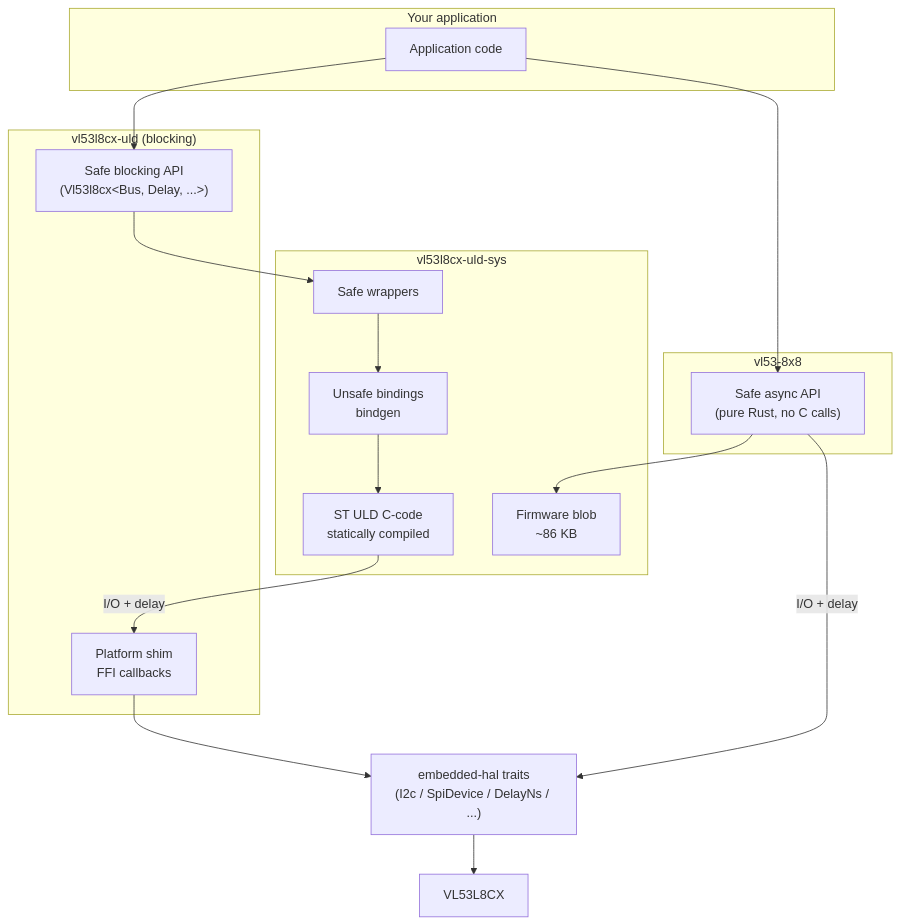
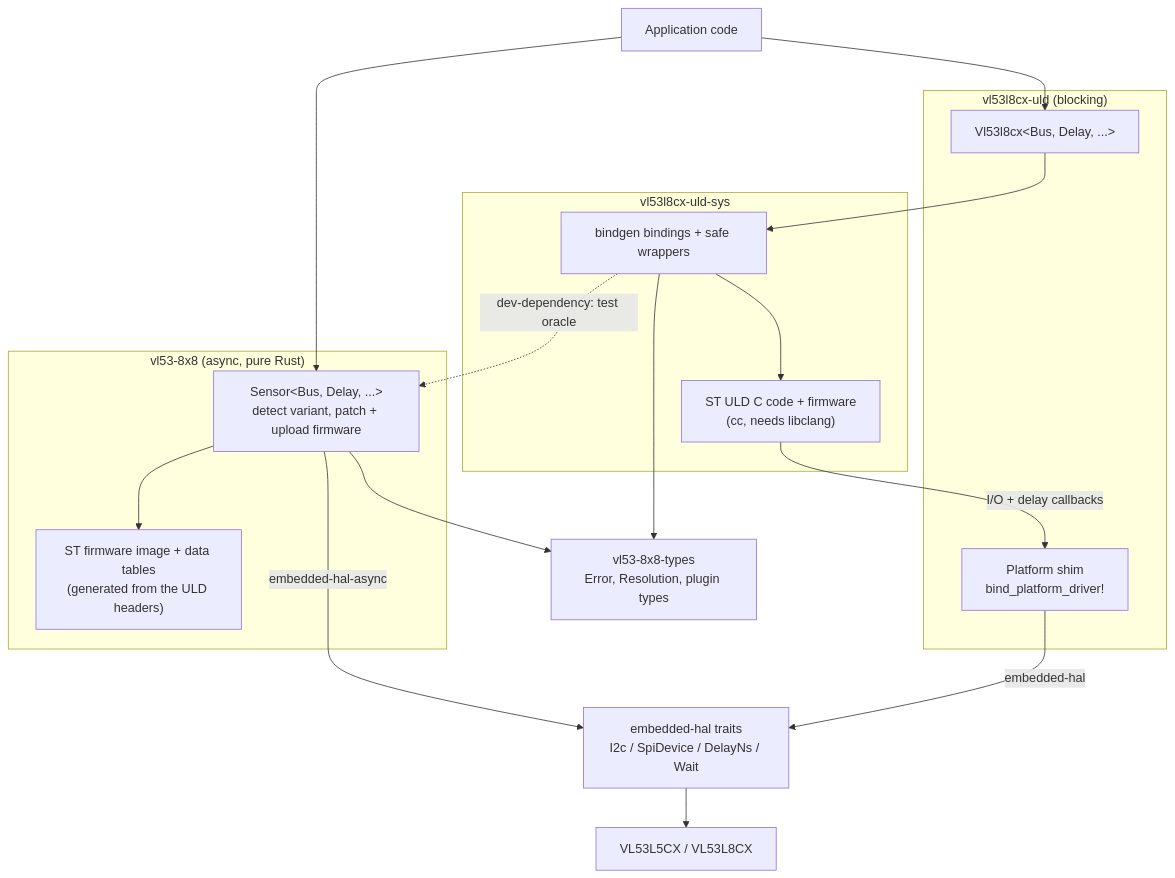
One commit to petegibson/vl53-8x8-rs changed the diagram in README.md. Above: the diagram before and after it, drawn with Mermaid. The commit also changed other lines of this file and 13 other files, not shown here.

````diff
--- a/README.md
+++ b/README.md
@@ -150,33 +123,33 @@
 ```mermaid
 graph TD;
-    subgraph "Your application"
-        UserApp[Application code]
+    UserApp[Application code]
+
+    subgraph "vl53-8x8 (async, pure Rust)"
+        AsyncApi["Sensor&lt;Bus, Delay, ...&gt;<br/>detect variant, patch + upload firmware"]
+        Tables["ST firmware image + data tables<br/>(generated from the ULD headers)"]
     end
 
     subgraph "vl53l8cx-uld (blocking)"
-        BlockingApi["Safe blocking API<br/>(Vl53l8cx&lt;Bus, Delay, ...&gt;)"]
-        PlatformShim[Platform shim<br/>FFI callbacks]
-    end
-
-    subgraph "vl53-8x8"
-        AsyncApi["Safe async API<br/>(pure Rust, no C calls)"]
+        BlockingApi["Vl53l8cx&lt;Bus, Delay, ...&gt;"]
+        PlatformShim["Platform shim<br/>bind_platform_driver!"]
     end
 
     subgraph "vl53l8cx-uld-sys"
-        SafeWrappers[Safe wrappers]
-        UnsafeBindings[Unsafe bindings<br/>bindgen]
-        ULD[ST ULD C-code<br/>statically compiled]
-        FirmwareBlob[Firmware blob<br/>~86 KB]
+        Bindings["bindgen bindings + safe wrappers"]
+        ULD["ST ULD C code + firmware<br/>(cc, needs libclang)"]
     end
 
+    Types["vl53-8x8-types<br/>Error, Resolution, plugin types"]
+
+    UserApp --> AsyncApi
     UserApp --> BlockingApi
-    UserApp --> AsyncApi
-    BlockingApi --> SafeWrappers
-    SafeWrappers --> UnsafeBindings
-    UnsafeBindings --> ULD
-    ULD -- "I/O + delay" --> PlatformShim
-    AsyncApi --> FirmwareBlob
-    AsyncApi -- "I/O + delay" --> HAL["embedded-hal traits<br/>(I2c / SpiDevice / DelayNs / ...)"]
-    PlatformShim --> HAL
-    HAL --> Hardware[VL53L8CX]
+    AsyncApi --> Tables
+    AsyncApi --> Types
+    BlockingApi --> Bindings --> ULD
+    ULD -- "I/O + delay callbacks" --> PlatformShim
+    Bindings --> Types
+    AsyncApi -- "embedded-hal-async" --> HAL["embedded-hal traits<br/>I2c / SpiDevice / DelayNs / Wait"]
+    PlatformShim -- "embedded-hal" --> HAL
+    HAL --> Hardware["VL53L5CX / VL53L8CX"]
+    Bindings -. "dev-dependency: test oracle" .-> AsyncApi
 ```
````
